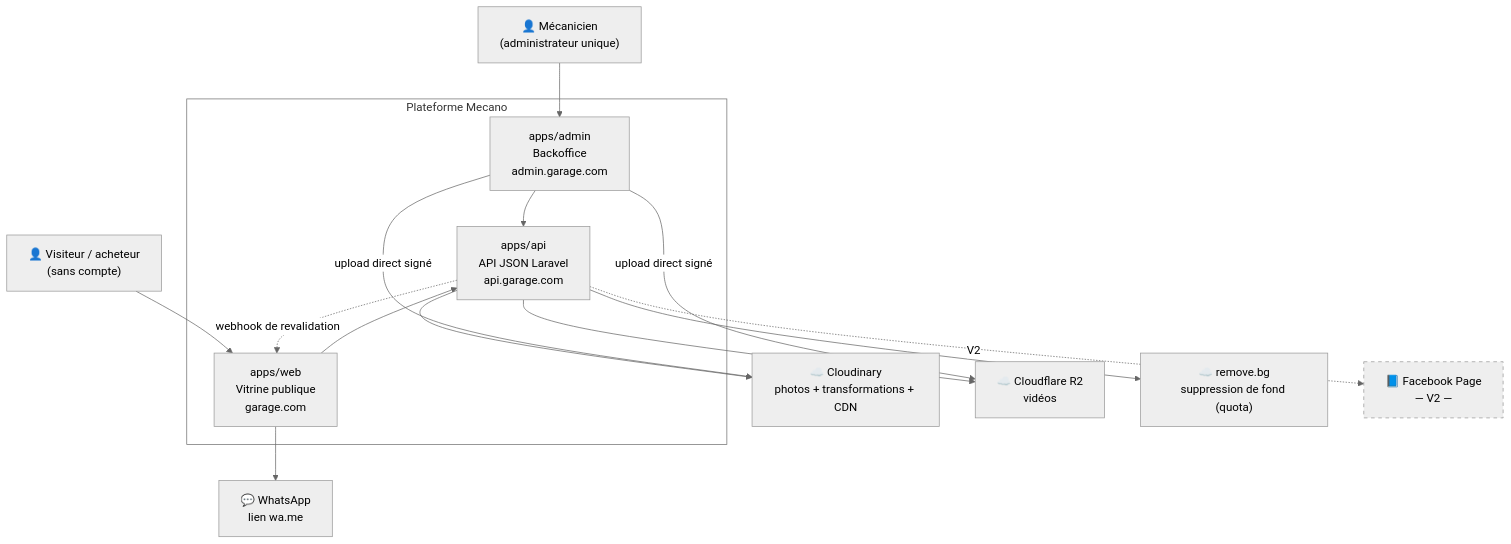
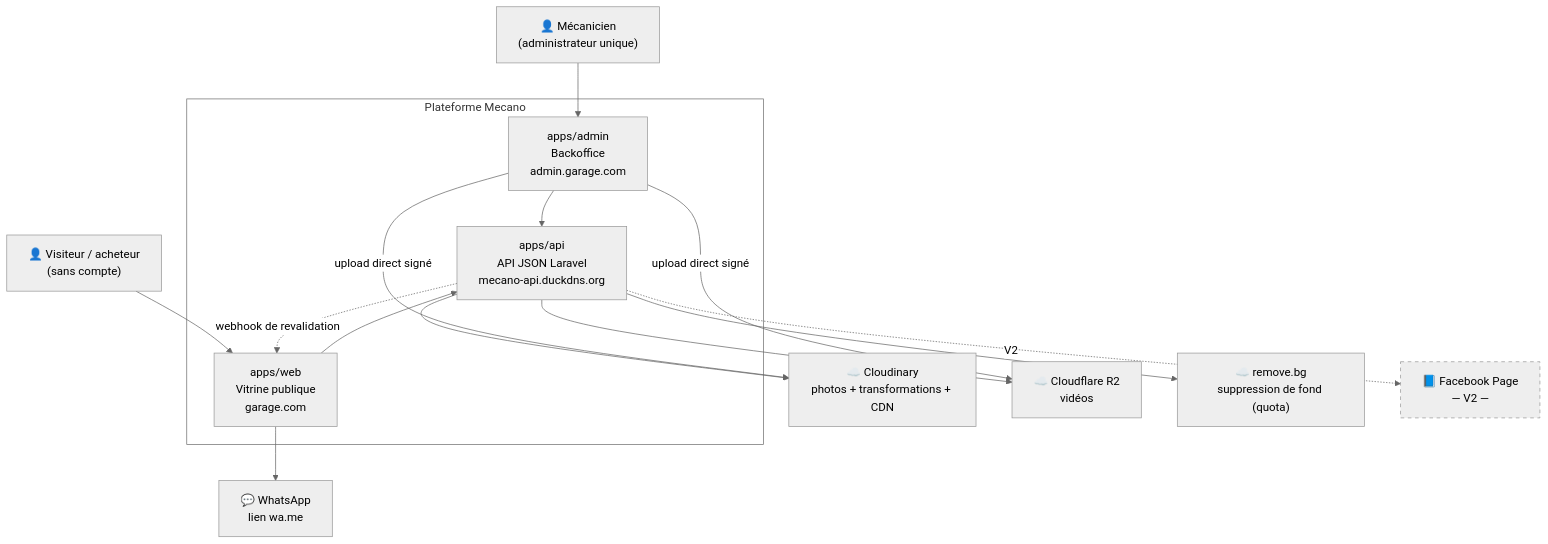
One commit to TEAM-D-EXCELLENCE/mecano changed the first of 4 diagrams in docs/01-architecture/01-vue-densemble.md. Above: the diagram before and after it, drawn with Mermaid (neutral theme). The commit also changed 25 other files, not shown here.

````diff
--- a/docs/01-architecture/01-vue-densemble.md
+++ b/docs/01-architecture/01-vue-densemble.md
@@ -18,33 +18,33 @@
 ```mermaid
 graph TB
     M["👤 Mécanicien<br/>(administrateur unique)"]
     V["👤 Visiteur / acheteur<br/>(sans compte)"]
 
     subgraph P["Plateforme Mecano"]
         WEB["apps/web<br/>Vitrine publique<br/>garage.com"]
         ADM["apps/admin<br/>Backoffice<br/>admin.garage.com"]
-        API["apps/api<br/>API JSON Laravel<br/>api.garage.com"]
+        API["apps/api<br/>API JSON Laravel<br/>mecano-api.duckdns.org"]
     end
 
     CLD["☁️ Cloudinary<br/>photos + transformations + CDN"]
     R2["☁️ Cloudflare R2<br/>vidéos"]
     RBG["☁️ remove.bg<br/>suppression de fond (quota)"]
     WA["💬 WhatsApp<br/>lien wa.me"]
     FB["📘 Facebook Page<br/>— V2 —"]
 
     V --> WEB
     M --> ADM
     WEB --> API
     ADM --> API
     API --> CLD
     API --> R2
     API --> RBG
     API -.->|"webhook de revalidation"| WEB
     ADM -->|"upload direct signé"| CLD
     ADM -->|"upload direct signé"| R2
     WEB --> WA
     API -.->|V2| FB
 
     style FB stroke-dasharray: 5 5
     style P fill:none
 ```
````
